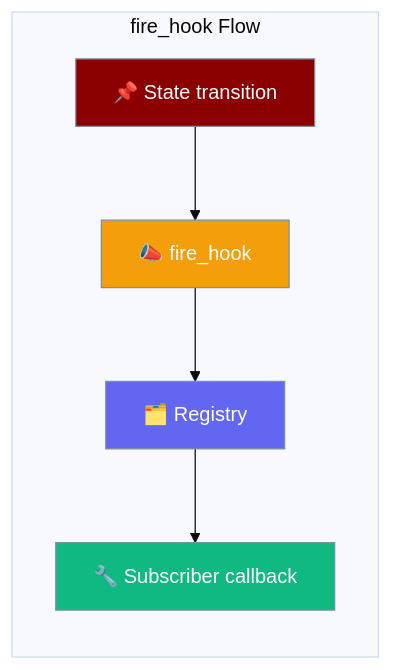
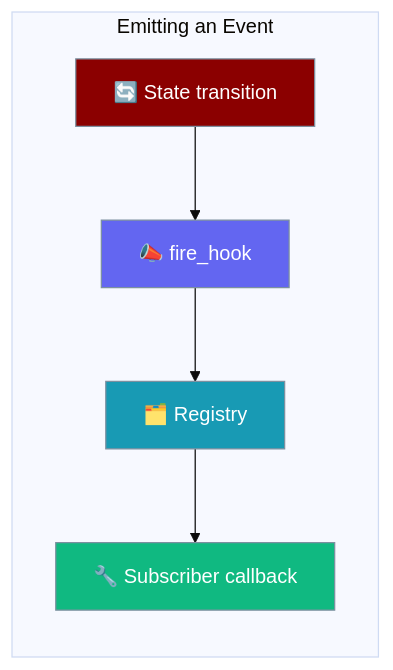
Before and after one commit to MervinPraison/PraisonAIDocs: the first of 2 diagrams in docs/features/fire-hook.mdx, drawn with Mermaid (base theme). The commit also changed other lines of this file and 5 other files, not shown here.

Commit message:
docs: document fire_hook() public API + correct kanban/JOB_COMPLETED emission (fixes #4032)

````diff
--- a/docs/features/fire-hook.mdx
+++ b/docs/features/fire-hook.mdx
@@ -20,18 +16,18 @@
 ```mermaid
 graph LR
-    subgraph "fire_hook Flow"
-        T[📌 State transition] --> F[📣 fire_hook]
+    subgraph "Emitting an Event"
+        S[🔄 State transition] --> F[📣 fire_hook]
         F --> R[🗂️ Registry]
         R --> C[🔧 Subscriber callback]
     end
 
     classDef transition fill:#8B0000,stroke:#7C90A0,color:#fff
-    classDef emit fill:#F59E0B,stroke:#7C90A0,color:#fff
-    classDef registry fill:#6366F1,stroke:#7C90A0,color:#fff
-    classDef hook fill:#10B981,stroke:#7C90A0,color:#fff
+    classDef emit fill:#6366F1,stroke:#7C90A0,color:#fff
+    classDef registry fill:#189AB4,stroke:#7C90A0,color:#fff
+    classDef callback fill:#10B981,stroke:#7C90A0,color:#fff
 
-    class T transition
+    class S transition
     class F emit
     class R registry
-    class C hook
+    class C callback
 ```
````
